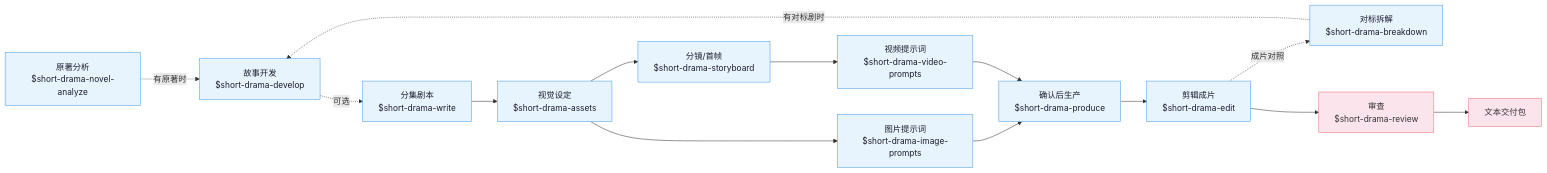
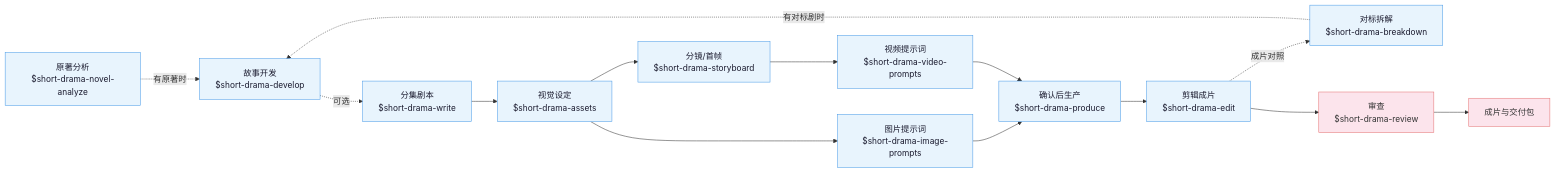
Before and after one commit to zenstory-ai/drama-skills: the diagram in README.md, drawn with Mermaid. The commit also changed other lines of this file and 28 other files, not shown here.

````diff
--- a/README.md
+++ b/README.md
@@ -201,28 +204,28 @@
 ```mermaid
 flowchart LR
     classDef phase fill:#e8f4fd,color:#1a1a2e,stroke:#4a9be8,stroke-width:1px
     classDef final fill:#fce4ec,color:#333,stroke:#e57373,stroke-width:1px
 
     nva["原著分析<br/>$short-drama-novel-analyze"]:::phase
     brk["对标拆解<br/>$short-drama-breakdown"]:::phase
     dev["故事开发<br/>$short-drama-develop"]:::phase
     write["分集剧本<br/>$short-drama-write"]:::phase
     assets["视觉设定<br/>$short-drama-assets"]:::phase
     img["图片提示词<br/>$short-drama-image-prompts"]:::phase
     sb["分镜/首帧<br/>$short-drama-storyboard"]:::phase
     vid["视频提示词<br/>$short-drama-video-prompts"]:::phase
     prod["确认后生产<br/>$short-drama-produce"]:::phase
     cut["剪辑成片<br/>$short-drama-edit"]:::phase
     rev["审查<br/>$short-drama-review"]:::final
-    pkg["文本交付包"]:::final
+    pkg["成片与交付包"]:::final
 
     nva -.有原著时.-> dev
     brk -.有对标剧时.-> dev
     cut -.成片对照.-> brk
     dev -.可选.-> write --> assets
     assets --> img
     assets --> sb --> vid
     img --> prod
     vid --> prod
     prod --> cut --> rev --> pkg
 ```
````
